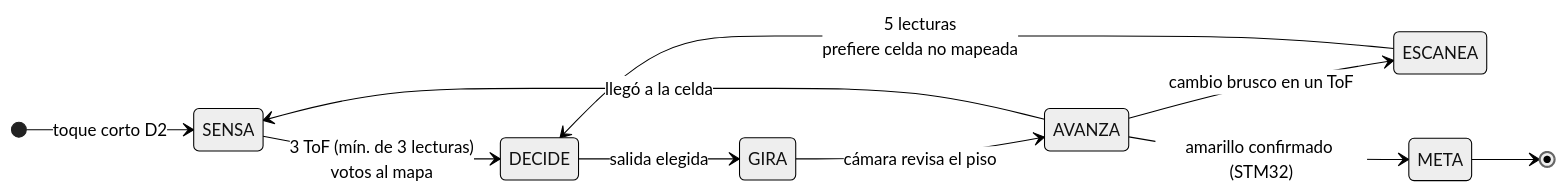
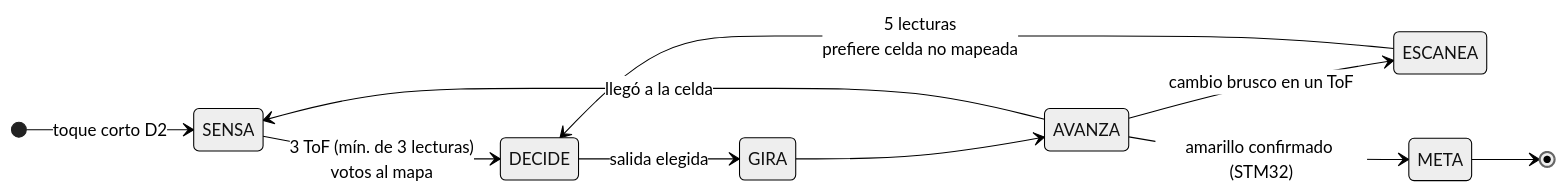
The second of 2 diagrams in README.md (Happenedspice17/sumo-v-ia), drawn with Mermaid (neutral theme) before and after one commit. The commit also changed other lines of this file, not shown here.

First line of the commit message:
README: estrategia actual, manual para jueces, cámara apagada, simulador

````diff
--- a/README.md
+++ b/README.md
@@ -93,13 +94,13 @@
 ```mermaid
 stateDiagram-v2
     direction LR
     [*] --> SENSA: toque corto D2
     SENSA --> DECIDE: 3 ToF (mín. de 3 lecturas)<br/>votos al mapa
     DECIDE --> GIRA: salida elegida
-    GIRA --> AVANZA: cámara revisa el piso
+    GIRA --> AVANZA
     AVANZA --> SENSA: llegó a la celda
     AVANZA --> ESCANEA: cambio brusco en un ToF
     ESCANEA --> DECIDE: 5 lecturas<br/>prefiere celda no mapeada
     AVANZA --> META: amarillo confirmado (STM32)
     META --> [*]
 ```
````
